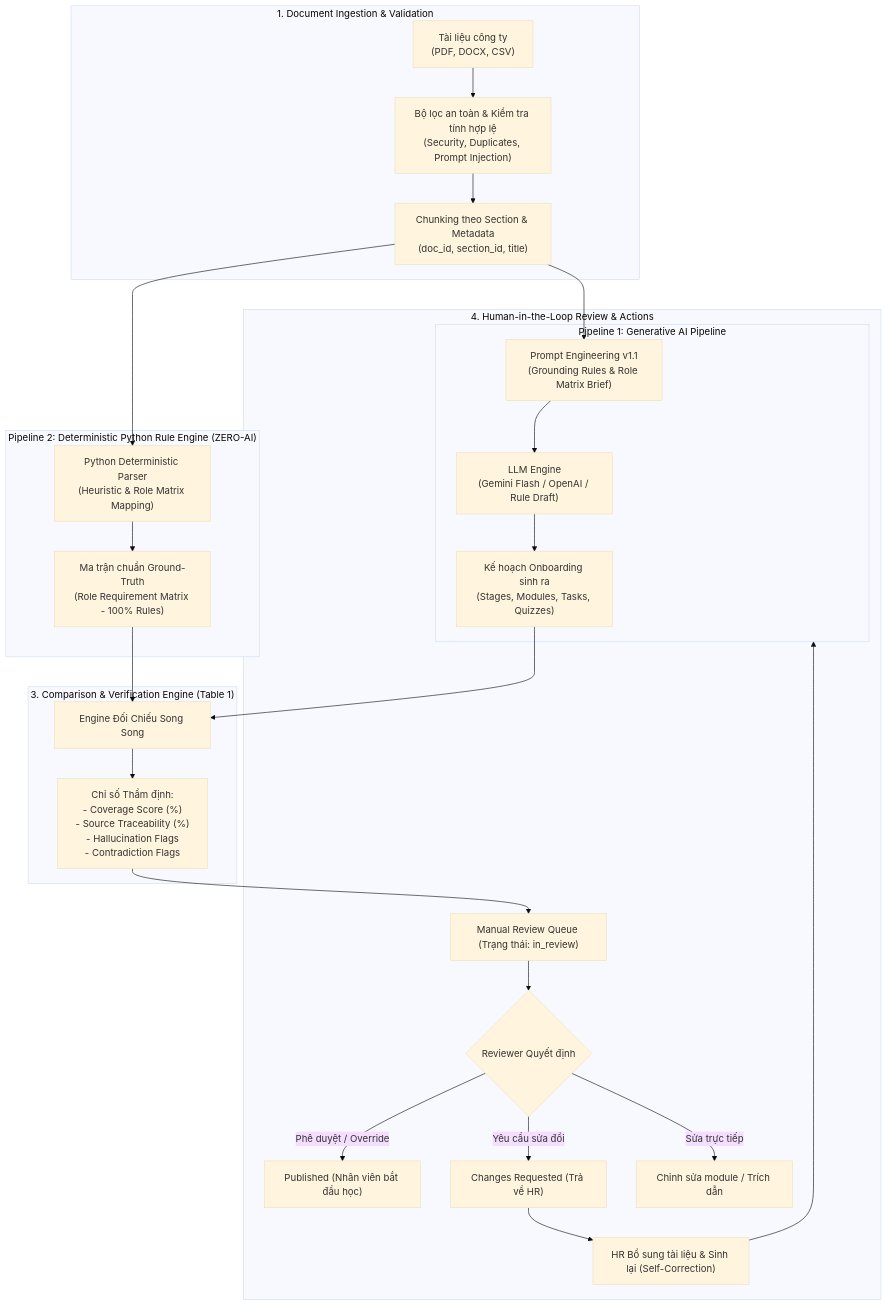
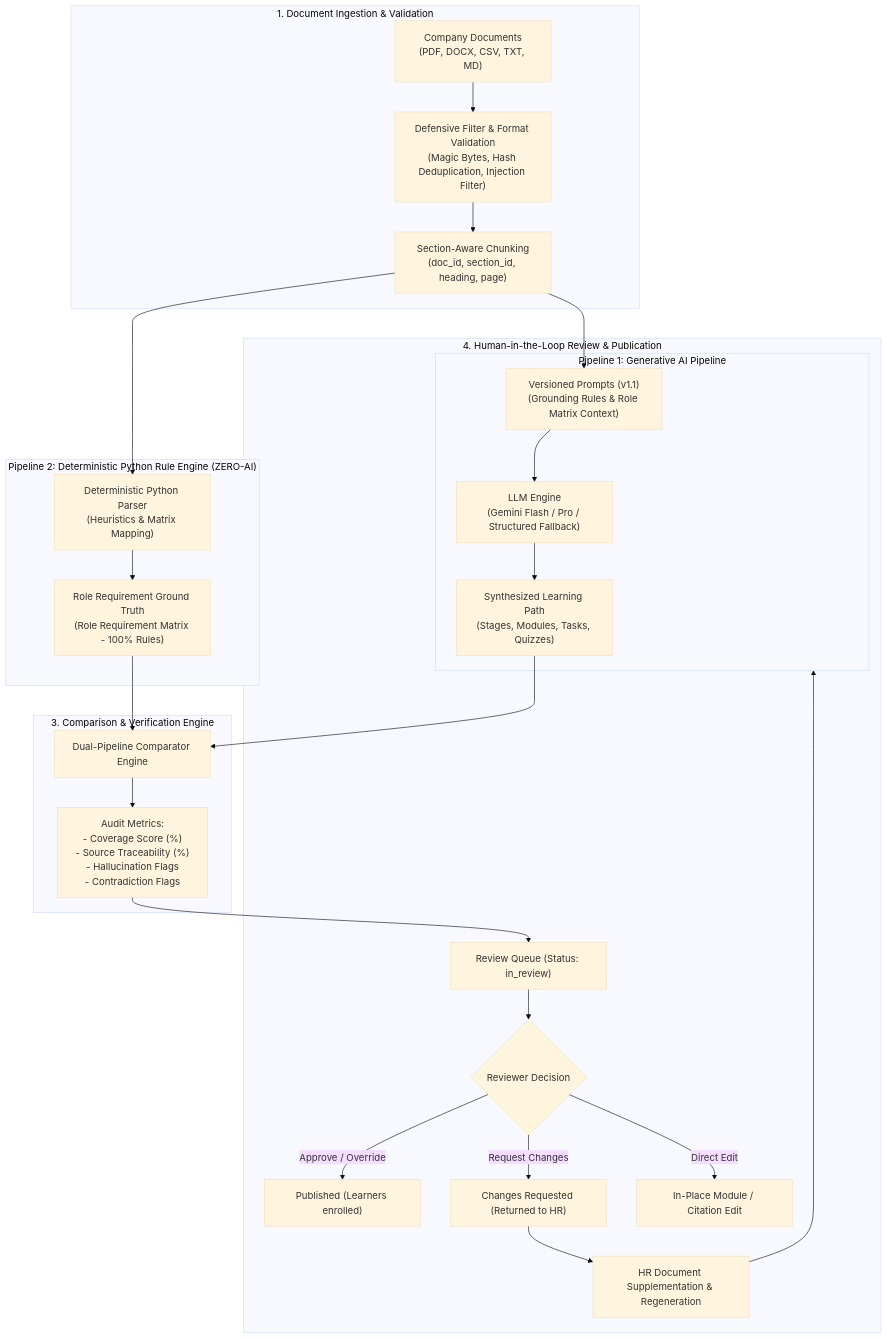
The diagram in documentation/PROTOTYPE_WORKFLOW_DESIGN.md (LamPhongG/BackUp_TW7), drawn with Mermaid (base theme) before and after one commit. The commit also changed other lines of this file and 18 other files, not shown here.

````diff
--- a/documentation/PROTOTYPE_WORKFLOW_DESIGN.md
+++ b/documentation/PROTOTYPE_WORKFLOW_DESIGN.md
@@ -28,34 +28,34 @@
 ```mermaid
 graph TB
     subgraph INGESTION["1. Document Ingestion & Validation"]
-        DOCS["Tài liệu công ty<br/>(PDF, DOCX, CSV)"] --> VAL["Bộ lọc an toàn & Kiểm tra tính hợp lệ<br/>(Security, Duplicates, Prompt Injection)"]
-        VAL --> CHUNKER["Chunking theo Section & Metadata<br/>(doc_id, section_id, title)"]
+        DOCS["Company Documents<br/>(PDF, DOCX, CSV, TXT, MD)"] --> VAL["Defensive Filter & Format Validation<br/>(Magic Bytes, Hash Deduplication, Injection Filter)"]
+        VAL --> CHUNKER["Section-Aware Chunking<br/>(doc_id, section_id, heading, page)"]
     end
 
     subgraph PIPELINE_1["Pipeline 1: Generative AI Pipeline"]
-        CHUNKER --> P1_PROMPT["Prompt Engineering v1.1<br/>(Grounding Rules & Role Matrix Brief)"]
-        P1_PROMPT --> LLM["LLM Engine<br/>(Gemini Flash / OpenAI / Rule Draft)"]
-        LLM --> ONBOARDING_PLAN["Kế hoạch Onboarding sinh ra<br/>(Stages, Modules, Tasks, Quizzes)"]
+        CHUNKER --> P1_PROMPT["Versioned Prompts (v1.1)<br/>(Grounding Rules & Role Matrix Context)"]
+        P1_PROMPT --> LLM["LLM Engine<br/>(Gemini Flash / Pro / Structured Fallback)"]
+        LLM --> ONBOARDING_PLAN["Synthesized Learning Path<br/>(Stages, Modules, Tasks, Quizzes)"]
     end
 
     subgraph PIPELINE_2["Pipeline 2: Deterministic Python Rule Engine (ZERO-AI)"]
-        CHUNKER --> PY_EXTRACT["Python Deterministic Parser<br/>(Heuristic & Role Matrix Mapping)"]
-        PY_EXTRACT --> PY_MATRIX["Ma trận chuẩn Ground-Truth<br/>(Role Requirement Matrix - 100% Rules)"]
+        CHUNKER --> PY_EXTRACT["Deterministic Python Parser<br/>(Heuristics & Matrix Mapping)"]
+        PY_EXTRACT --> PY_MATRIX["Role Requirement Ground Truth<br/>(Role Requirement Matrix - 100% Rules)"]
     end
 
-    subgraph COMPARATOR["3. Comparison & Verification Engine (Table 1)"]
-        ONBOARDING_PLAN --> COMP["Engine Đối Chiếu Song Song"]
+    subgraph COMPARATOR["3. Comparison & Verification Engine"]
+        ONBOARDING_PLAN --> COMP["Dual-Pipeline Comparator Engine"]
         PY_MATRIX --> COMP
-        COMP --> METRICS["Chỉ số Thẩm định:<br/>- Coverage Score (%)<br/>- Source Traceability (%)<br/>- Hallucination Flags<br/>- Contradiction Flags"]
+        COMP --> METRICS["Audit Metrics:<br/>- Coverage Score (%)<br/>- Source Traceability (%)<br/>- Hallucination Flags<br/>- Contradiction Flags"]
     end
 
-    subgraph HITL["4. Human-in-the-Loop Review & Actions"]
-        METRICS --> QUEUE["Manual Review Queue (Trạng thái: in_review)"]
-        QUEUE --> REVIEWER{"Reviewer Quyết định"}
-        REVIEWER -->|Phê duyệt / Override| PUBLISHED["Published (Nhân viên bắt đầu học)"]
-        REVIEWER -->|Yêu cầu sửa đổi| CHANGES_REQ["Changes Requested (Trả về HR)"]
-        REVIEWER -->|Sửa trực tiếp| EDIT_DIRECT["Chỉnh sửa module / Trích dẫn"]
-        CHANGES_REQ --> HR_REGEN["HR Bổ sung tài liệu & Sinh lại (Self-Correction)"]
+    subgraph HITL["4. Human-in-the-Loop Review & Publication"]
+        METRICS --> QUEUE["Review Queue (Status: in_review)"]
+        QUEUE --> REVIEWER{"Reviewer Decision"}
+        REVIEWER -->|Approve / Override| PUBLISHED["Published (Learners enrolled)"]
+        REVIEWER -->|Request Changes| CHANGES_REQ["Changes Requested (Returned to HR)"]
+        REVIEWER -->|Direct Edit| EDIT_DIRECT["In-Place Module / Citation Edit"]
+        CHANGES_REQ --> HR_REGEN["HR Document Supplementation & Regeneration"]
         HR_REGEN --> PIPELINE_1
     end
 ```
````
